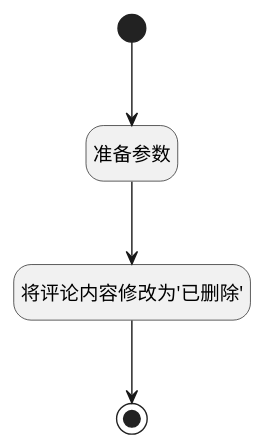
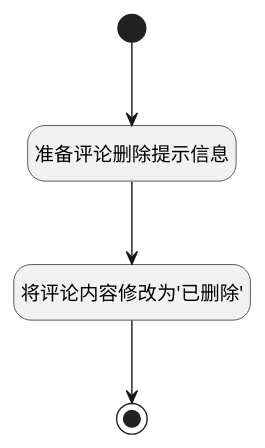
Before and after one commit to iBizLab/plm: the diagram in doc/docsify/module/Base/comment/logic/delete.md, drawn with PlantUML. The commit also changed other lines of this file and 1068 other files, not shown here.

````diff
--- a/doc/docsify/module/Base/comment/logic/delete.md
+++ b/doc/docsify/module/Base/comment/logic/delete.md
@@ -7,23 +7,23 @@
 ```plantuml
 @startuml
 hide empty description
 <style>
 root {
   HyperlinkColor #42b983
 }
 </style>
 
 hide empty description
 state "开始" as Begin <<start>> [[$./delete#begin {"开始"}]]
-state "准备参数" as PREPAREPARAM1  [[$./delete#prepareparam1 {"准备参数"}]]
+state "准备评论删除提示信息" as PREPAREPARAM1  [[$./delete#prepareparam1 {"准备评论删除提示信息"}]]
 state "将评论内容修改为'已删除'" as DEACTION1  [[$./delete#deaction1 {"将评论内容修改为"已删除""}]]
 state "结束" as END1 <<end>> [[$./delete#end1 {"结束"}]]
 
 
 Begin --> PREPAREPARAM1
 PREPAREPARAM1 --> DEACTION1
 DEACTION1 --> END1
 
 
 @enduml
 ```
````
